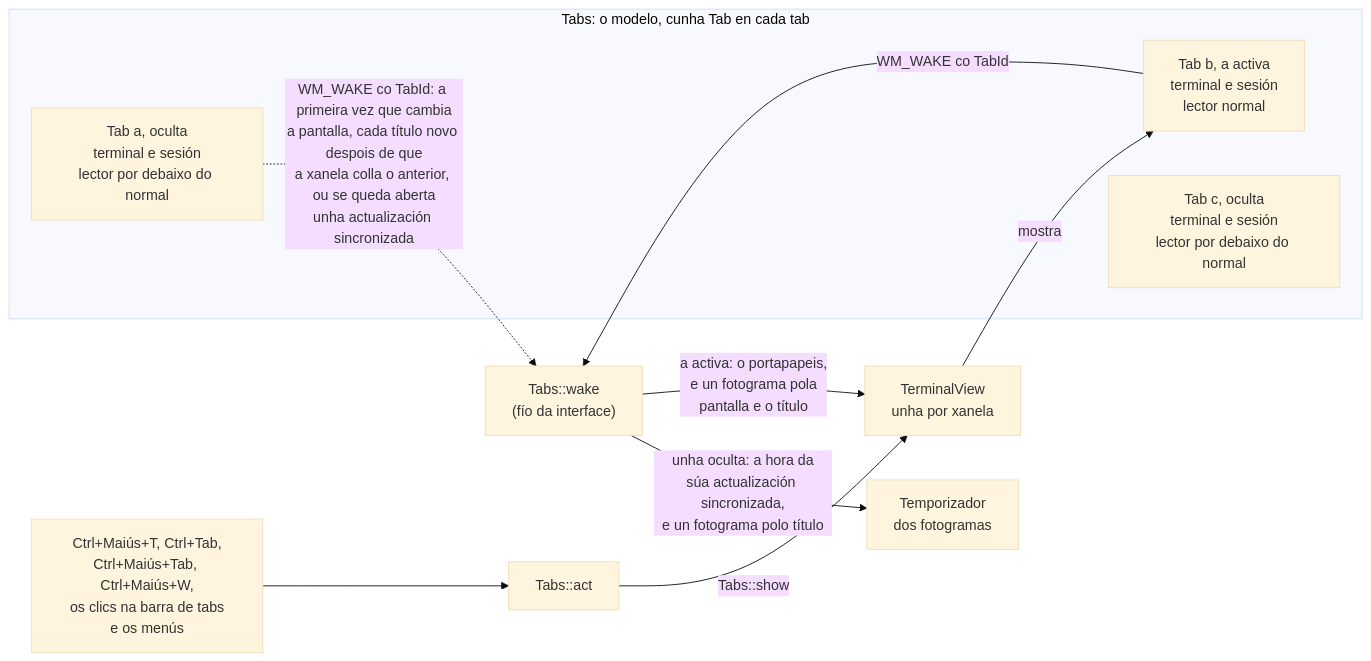
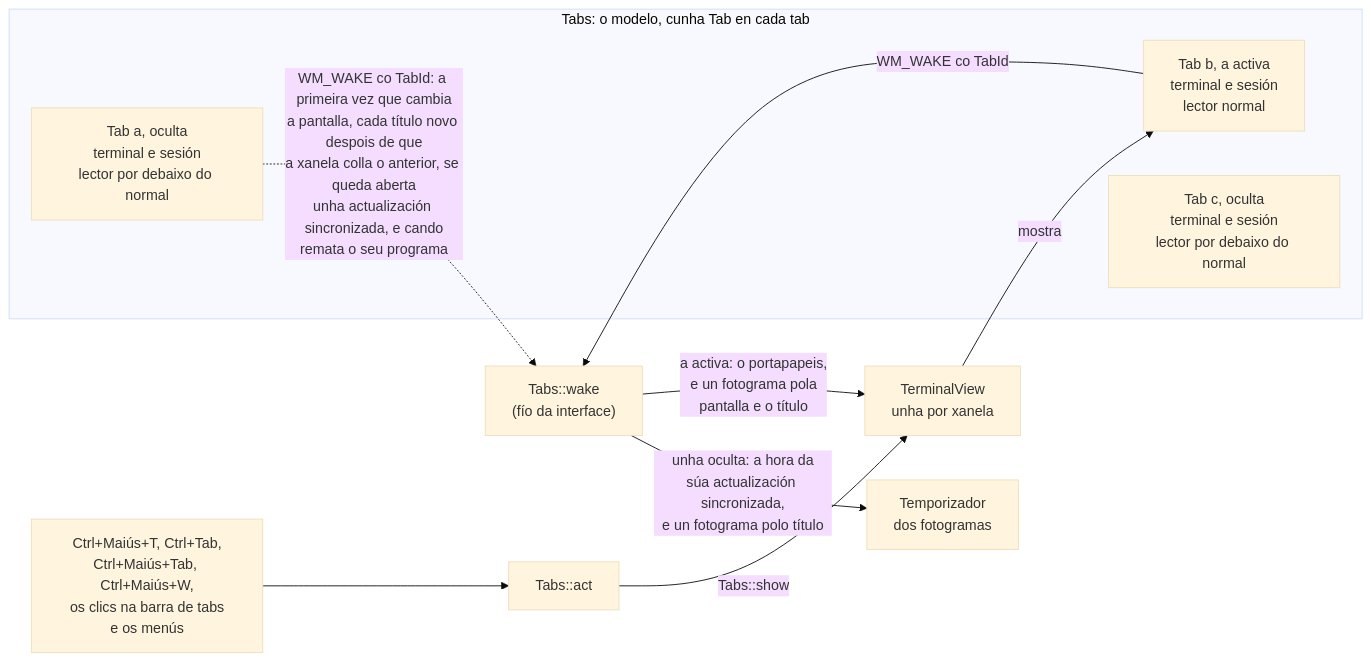
Diagram 12 of 20 in docs/arquitectura.md (NewHouses/meiga), drawn with Mermaid (base theme) before and after one commit. The commit also changed other lines of this file and 29 other files, not shown here.

````diff
--- a/docs/arquitectura.md
+++ b/docs/arquitectura.md
@@ -331,15 +331,15 @@
 ```mermaid
 flowchart LR
     subgraph model["Tabs: o modelo, cunha Tab en cada tab"]
         a["Tab a, oculta<br/>terminal e sesión<br/>lector por debaixo do normal"]
         b["Tab b, a activa<br/>terminal e sesión<br/>lector normal"]
         c["Tab c, oculta<br/>terminal e sesión<br/>lector por debaixo do normal"]
     end
     view["TerminalView<br/>unha por xanela"] -- "mostra" --> b
     b -- "WM_WAKE co TabId" --> ui["Tabs::wake<br/>(fío da interface)"]
-    a -. "WM_WAKE co TabId: a primeira vez que cambia<br/>a pantalla, cada título novo despois de que<br/>a xanela colla o anterior, ou se queda aberta<br/>unha actualización sincronizada" .-> ui
+    a -. "WM_WAKE co TabId: a primeira vez que cambia<br/>a pantalla, cada título novo despois de que<br/>a xanela colla o anterior, se queda aberta<br/>unha actualización sincronizada, e cando<br/>remata o seu programa" .-> ui
     ui -- "a activa: o portapapeis,<br/>e un fotograma pola<br/>pantalla e o título" --> view
     ui -- "unha oculta: a hora da<br/>súa actualización sincronizada,<br/>e un fotograma polo título" --> timer["Temporizador<br/>dos fotogramas"]
     keys["Ctrl+Maiús+T, Ctrl+Tab,<br/>Ctrl+Maiús+Tab, Ctrl+Maiús+W,<br/>os clics na barra de tabs<br/>e os menús"] --> act["Tabs::act"]
     act -- "Tabs::show" --> view
 ```
````
